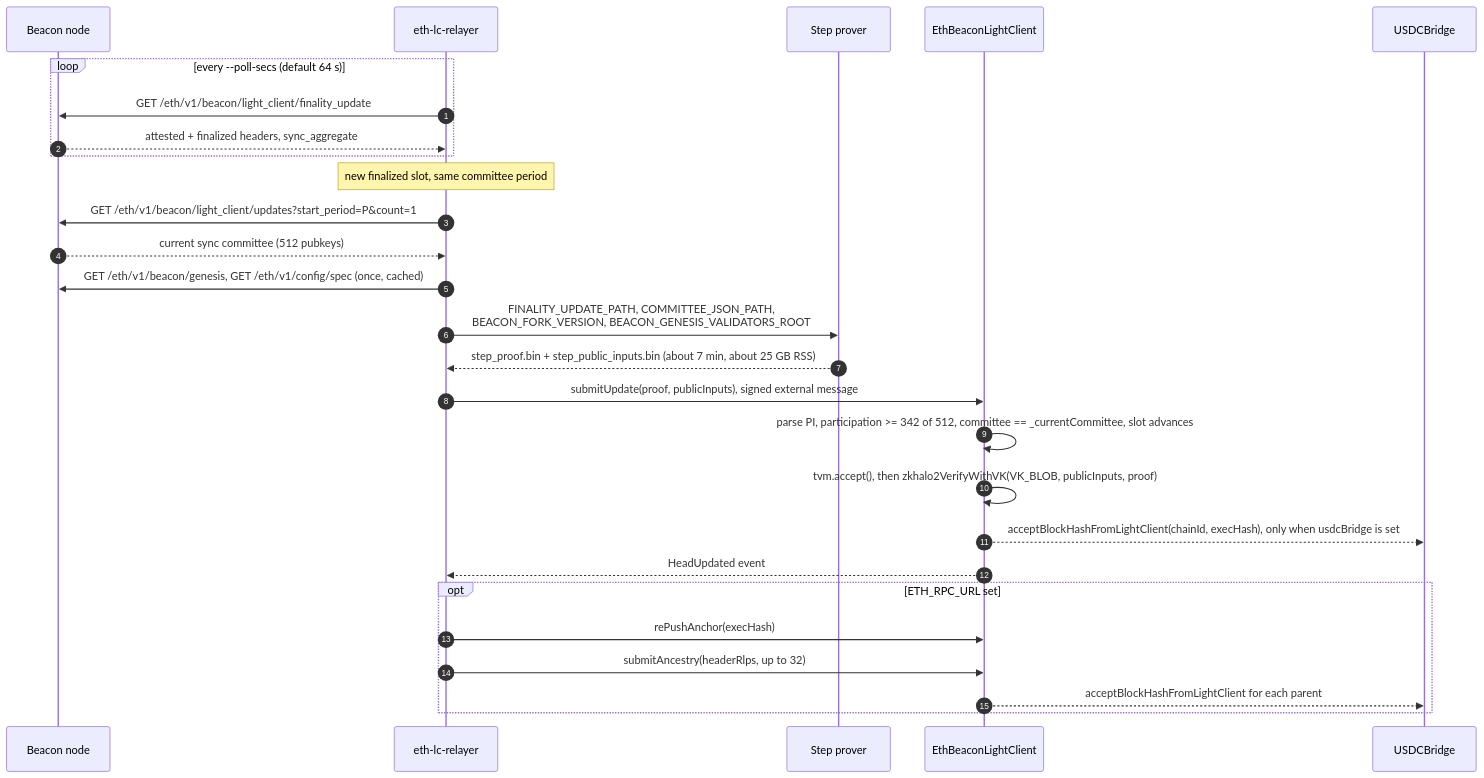
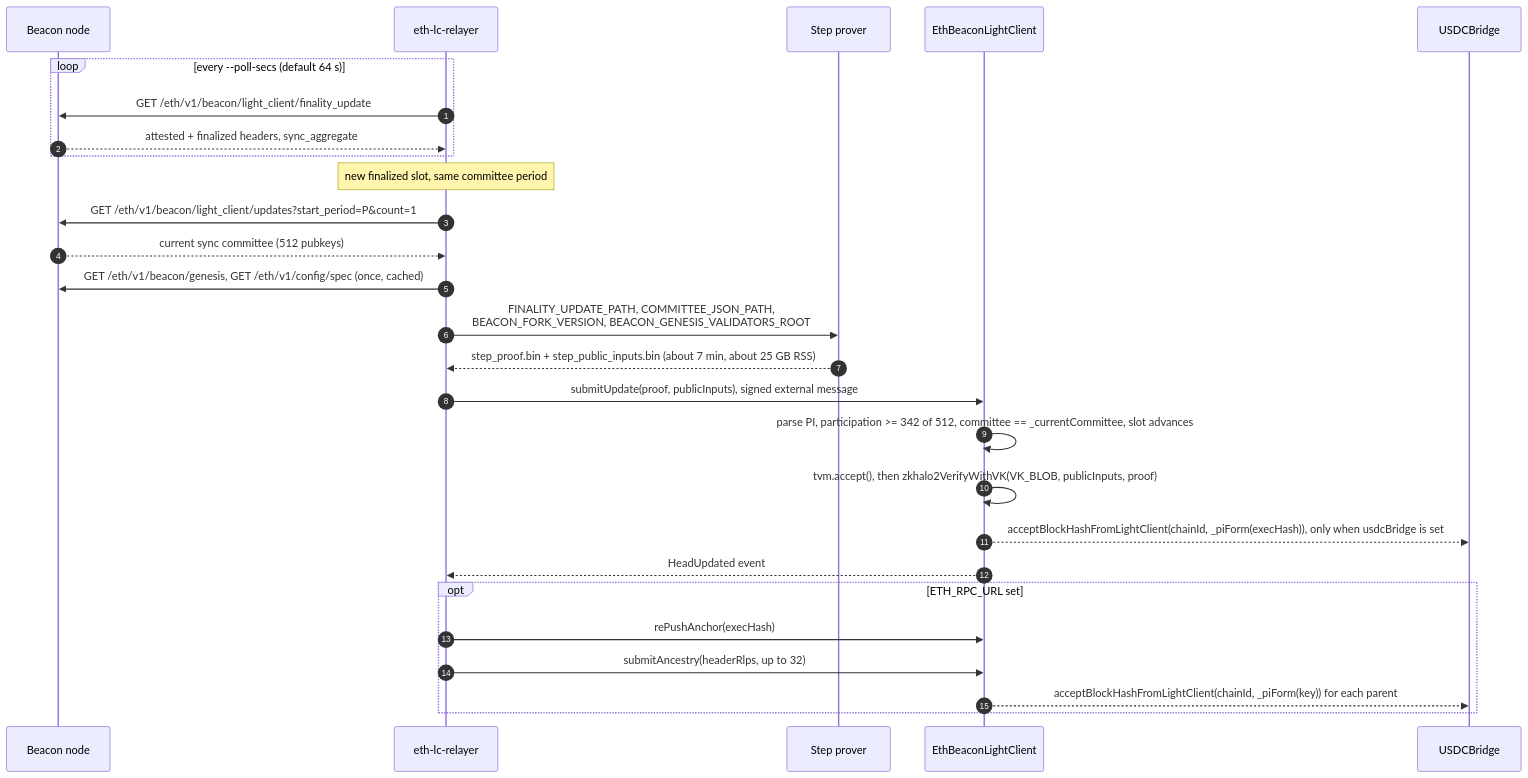
Before and after one commit to gosh-sh/bridge: the second of 5 diagrams in docs/eth-light-client.md, drawn with Mermaid. The commit also changed 2 other files, not shown here.

````diff
--- a/docs/eth-light-client.md
+++ b/docs/eth-light-client.md
@@ -99,29 +99,29 @@
 ```mermaid
 sequenceDiagram
   autonumber
   participant B as Beacon node
   participant R as eth-lc-relayer
   participant P as Step prover
   participant LC as EthBeaconLightClient
   participant UB as USDCBridge
   loop every --poll-secs (default 64 s)
     R->>B: GET /eth/v1/beacon/light_client/finality_update
     B-->>R: attested + finalized headers, sync_aggregate
   end
   Note over R: new finalized slot, same committee period
   R->>B: GET /eth/v1/beacon/light_client/updates?start_period=P&count=1
   B-->>R: current sync committee (512 pubkeys)
   R->>B: GET /eth/v1/beacon/genesis, GET /eth/v1/config/spec (once, cached)
   R->>P: FINALITY_UPDATE_PATH, COMMITTEE_JSON_PATH,<br/>BEACON_FORK_VERSION, BEACON_GENESIS_VALIDATORS_ROOT
   P-->>R: step_proof.bin + step_public_inputs.bin (about 7 min, about 25 GB RSS)
   R->>LC: submitUpdate(proof, publicInputs), signed external message
   LC->>LC: parse PI, participation >= 342 of 512, committee == _currentCommittee, slot advances
   LC->>LC: tvm.accept(), then zkhalo2VerifyWithVK(VK_BLOB, publicInputs, proof)
-  LC-->>UB: acceptBlockHashFromLightClient(chainId, execHash), only when usdcBridge is set
+  LC-->>UB: acceptBlockHashFromLightClient(chainId, _piForm(execHash)), only when usdcBridge is set
   LC-->>R: HeadUpdated event
   opt ETH_RPC_URL set
     R->>LC: rePushAnchor(execHash)
     R->>LC: submitAncestry(headerRlps, up to 32)
-    LC-->>UB: acceptBlockHashFromLightClient for each parent
+    LC-->>UB: acceptBlockHashFromLightClient(chainId, _piForm(key)) for each parent
   end
 ```
````
